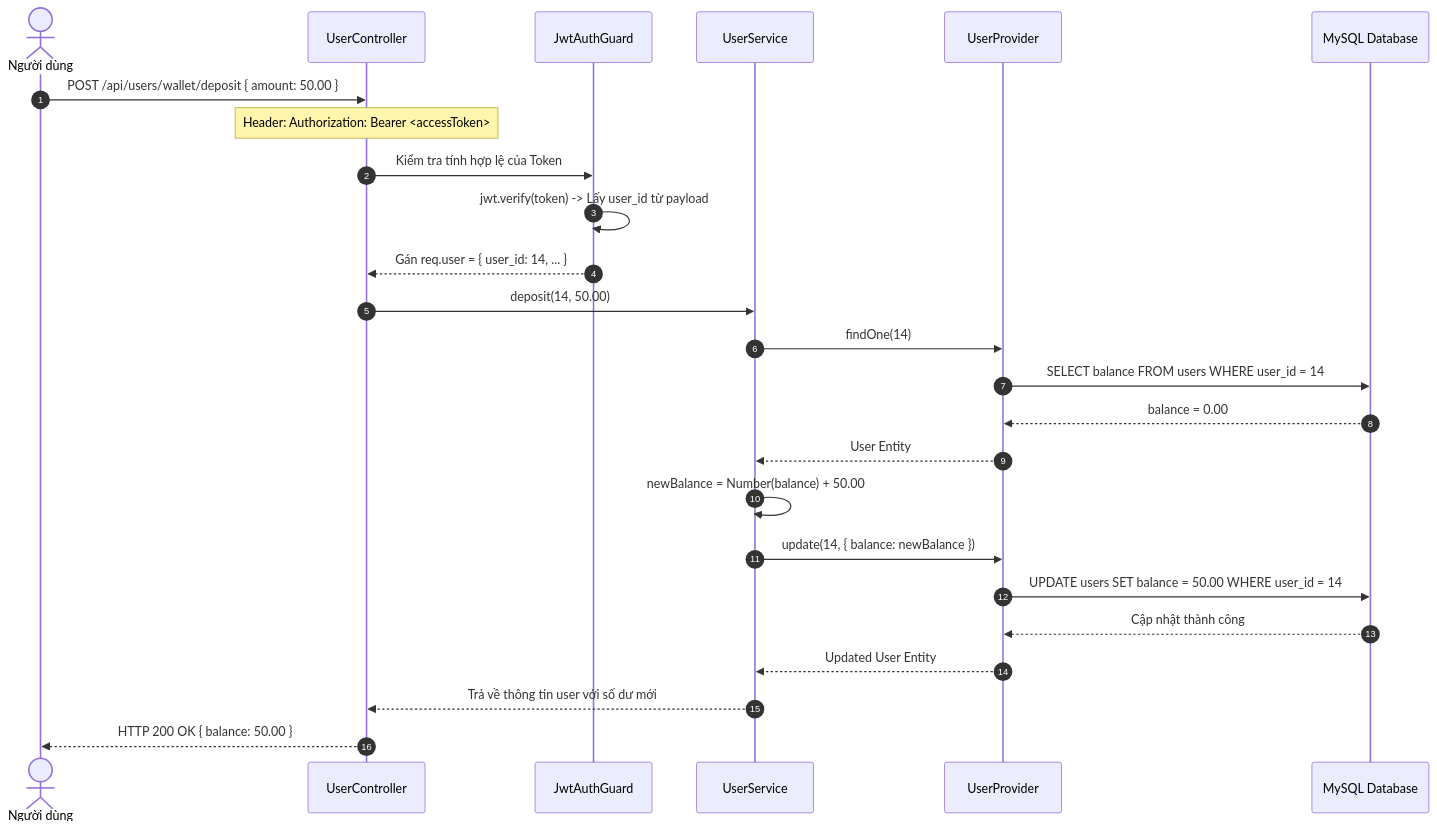
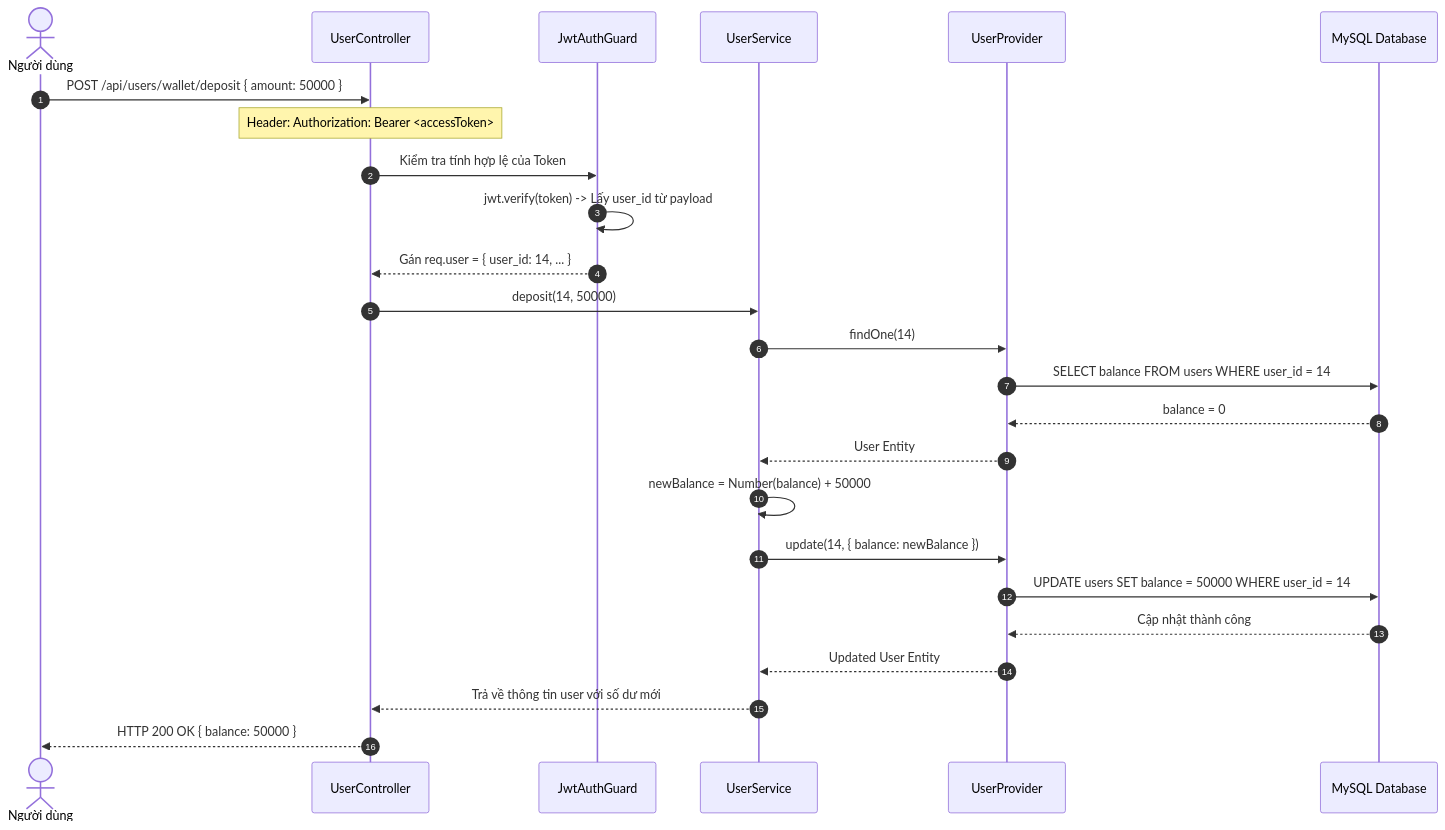
The second of 3 diagrams in docs/SEQUENCE_DIAGRAMS.md (itcoder2k/ITWebNC-NO2), drawn with Mermaid before and after one commit. The commit also changed other lines of this file and 5 other files, not shown here.

````diff
--- a/docs/SEQUENCE_DIAGRAMS.md
+++ b/docs/SEQUENCE_DIAGRAMS.md
@@ -42,30 +42,30 @@
 ```mermaid
 sequenceDiagram
     autonumber
     actor User as Người dùng
     participant UserC as UserController
     participant Guard as JwtAuthGuard
     participant UserS as UserService
     participant UserP as UserProvider
     participant DB as MySQL Database
 
-    User->>UserC: POST /api/users/wallet/deposit { amount: 50.00 }
+    User->>UserC: POST /api/users/wallet/deposit { amount: 50000 }
     Note over UserC: Header: Authorization: Bearer <accessToken>
     UserC->>Guard: Kiểm tra tính hợp lệ của Token
     Guard->>Guard: jwt.verify(token) -> Lấy user_id từ payload
     Guard-->>UserC: Gán req.user = { user_id: 14, ... }
     
-    UserC->>UserS: deposit(14, 50.00)
+    UserC->>UserS: deposit(14, 50000)
     UserS->>UserP: findOne(14)
     UserP->>DB: SELECT balance FROM users WHERE user_id = 14
-    DB-->>UserP: balance = 0.00
+    DB-->>UserP: balance = 0
     UserP-->>UserS: User Entity
     
-    UserS->>UserS: newBalance = Number(balance) + 50.00
+    UserS->>UserS: newBalance = Number(balance) + 50000
     UserS->>UserP: update(14, { balance: newBalance })
-    UserP->>DB: UPDATE users SET balance = 50.00 WHERE user_id = 14
+    UserP->>DB: UPDATE users SET balance = 50000 WHERE user_id = 14
     DB-->>UserP: Cập nhật thành công
     UserP-->>UserS: Updated User Entity
     UserS-->>UserC: Trả về thông tin user với số dư mới
-    UserC-->>User: HTTP 200 OK { balance: 50.00 }
+    UserC-->>User: HTTP 200 OK { balance: 50000 }
 ```
````
